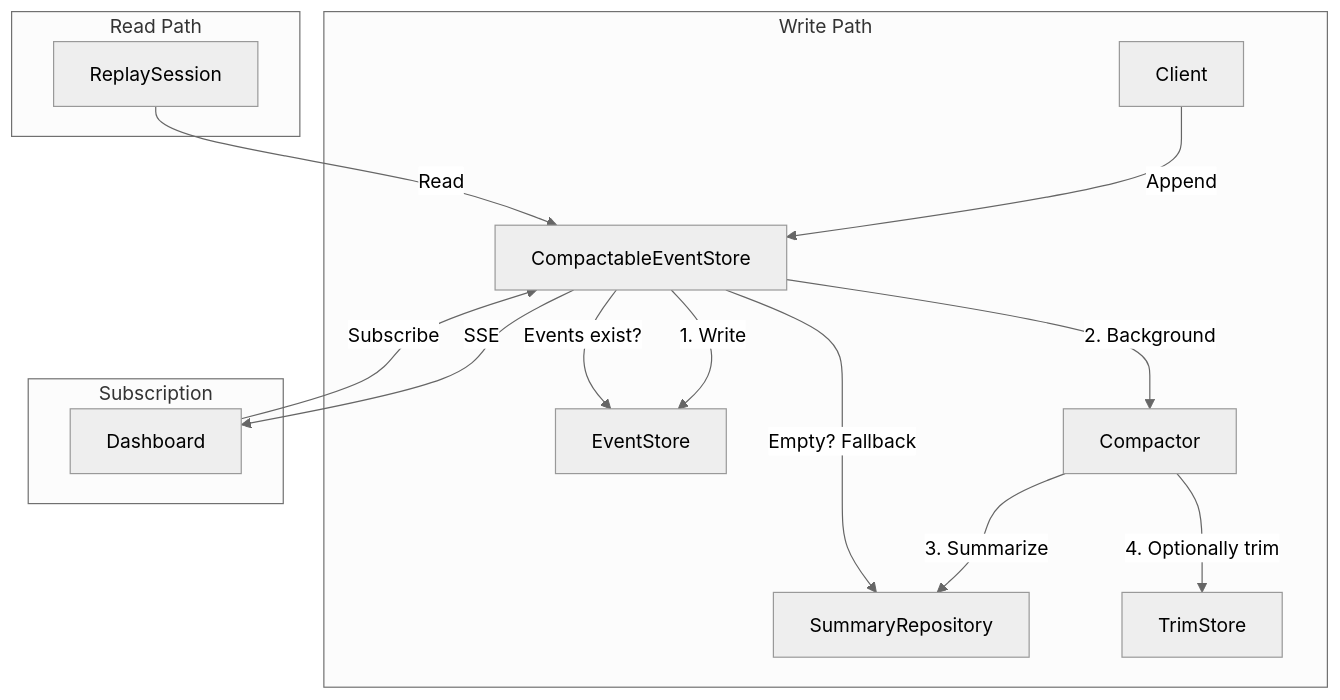
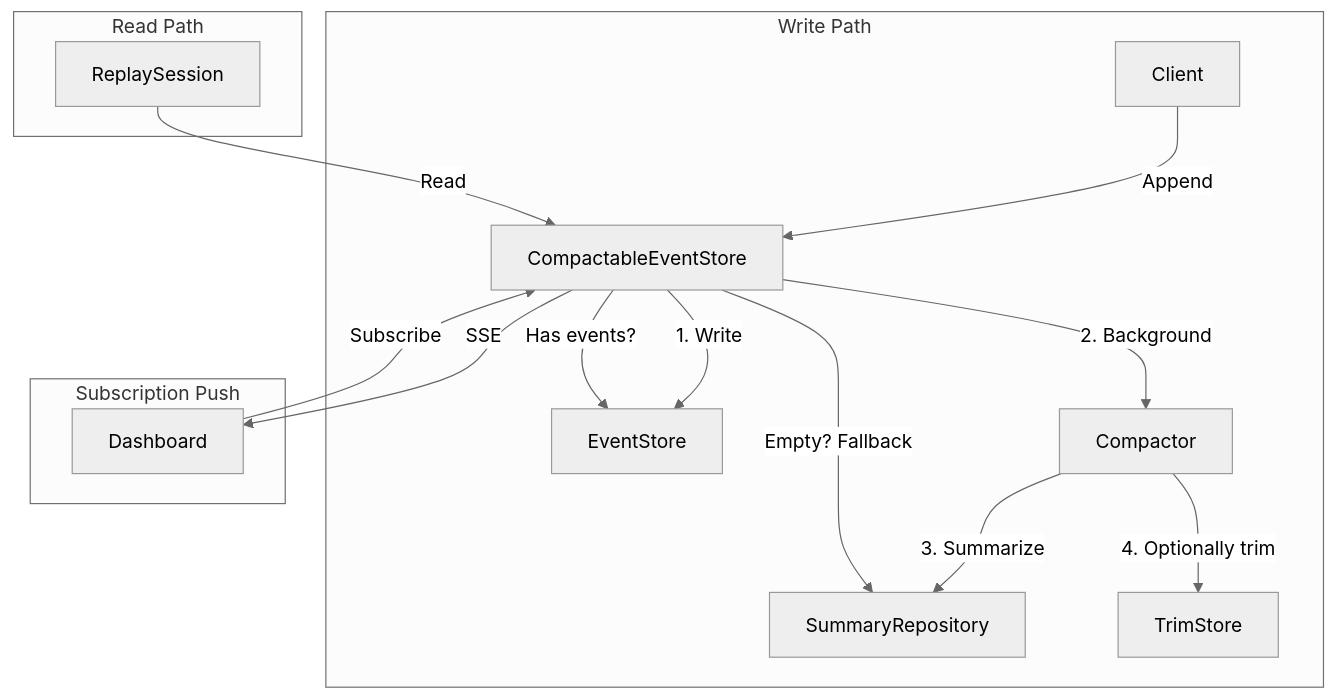
One commit to Timwood0x10/ARES changed the sixth of 6 diagrams in docs/articles/en/event-system-deep-dive.md. Above: the diagram before and after it, drawn with Mermaid (neutral theme). The commit also changed other lines of this file and 22 other files, not shown here.

````diff
--- a/docs/articles/en/event-system-deep-dive.md
+++ b/docs/articles/en/event-system-deep-dive.md
@@ -550,21 +366,21 @@
 ```mermaid
 graph TB
     subgraph "Write Path"
         C[Client] -->|Append| CES[CompactableEventStore]
         CES -->|1. Write| ES[EventStore]
         CES -->|2. Background| CP[Compactor]
         CP -->|3. Summarize| SR[SummaryRepository]
         CP -->|4. Optionally trim| TS[TrimStore]
     end
 
     subgraph "Read Path"
         RS[ReplaySession] -->|Read| CES
-        CES -->|Events exist?| ES
+        CES -->|Has events?| ES
         CES -->|Empty? Fallback| SR
     end
 
-    subgraph "Subscription"
+    subgraph "Subscription Push"
         DV[Dashboard] -->|Subscribe| CES
         CES -->|SSE| DV
     end
 ```
````
